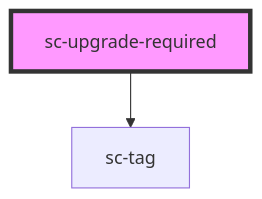
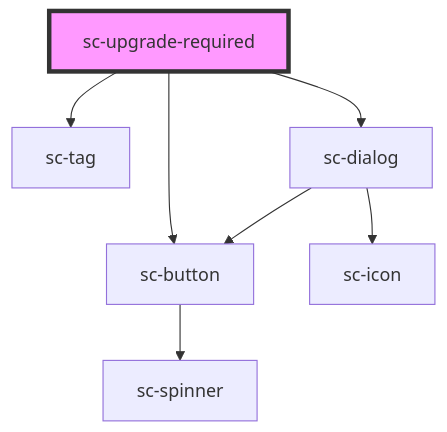
One commit to surecart/surecart-wp-plugin changed the diagram in packages/components/src/components/ui/sc-upgrade-required/readme.md. Above: the diagram before and after it, drawn with Mermaid. The commit also changed other lines of this file and 5 other files, not shown here.

````diff
--- a/packages/components/src/components/ui/sc-upgrade-required/readme.md
+++ b/packages/components/src/components/ui/sc-upgrade-required/readme.md
@@ -15,5 +17,10 @@
 ```mermaid
 graph TD;
   sc-upgrade-required --> sc-tag
+  sc-upgrade-required --> sc-dialog
+  sc-upgrade-required --> sc-button
+  sc-dialog --> sc-button
+  sc-dialog --> sc-icon
+  sc-button --> sc-spinner
   style sc-upgrade-required fill:#f9f,stroke:#333,stroke-width:4px
 ```
````
